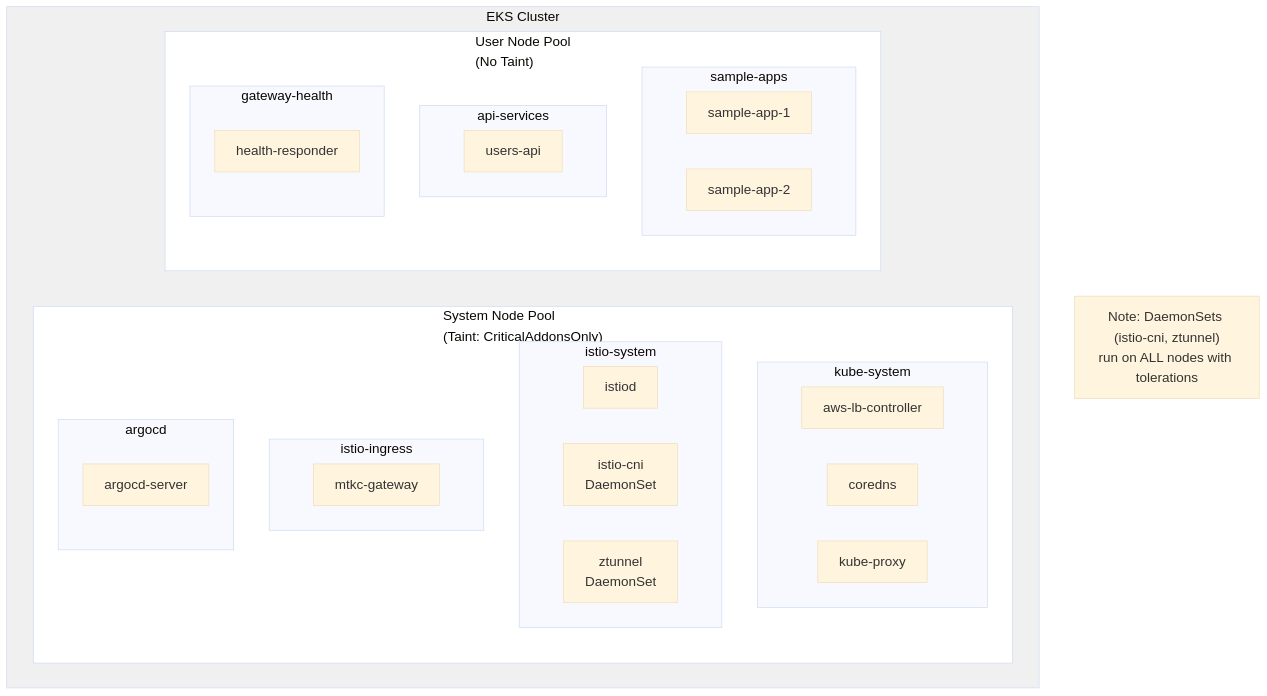
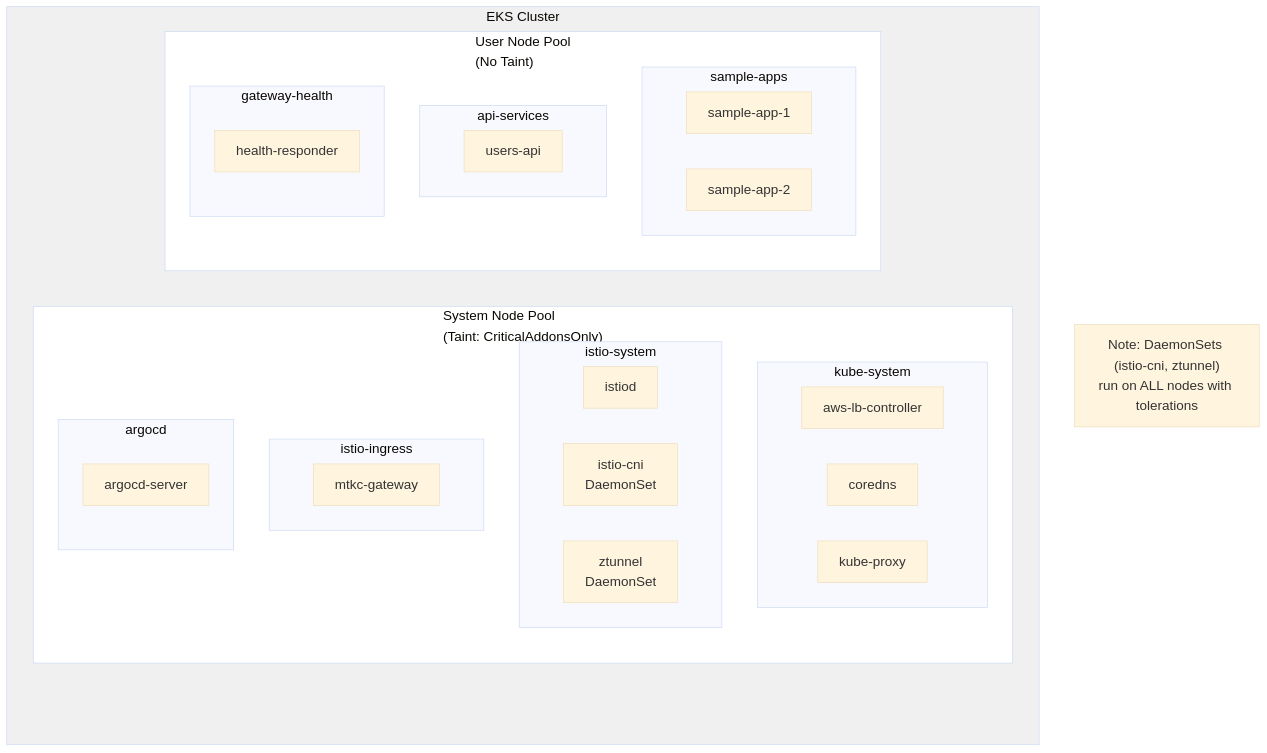
The second of 3 diagrams in README.md (shanaka-versent/EKS-Istio-GatewayAPI-Deom), drawn with Mermaid before and after one commit.

Commit message:
docs: Add spacing between EKS Cluster label and node pools

````diff
--- a/README.md
+++ b/README.md
@@ -105,43 +105,45 @@
 ```mermaid
 %%{init: {'theme': 'base', 'themeVariables': {'fontSize': '19px'}}}%%
 flowchart TB
     subgraph EKS["EKS Cluster"]
+        Spacer[" "]
         subgraph SystemPool["System Node Pool<br/>(Taint: CriticalAddonsOnly)"]
             subgraph KS["kube-system"]
                 LBC2[aws-lb-controller]
                 CoreDNS[coredns]
                 KubeProxy[kube-proxy]
             end
             subgraph IS["istio-system"]
                 Istiod2[istiod]
                 CNI[istio-cni<br/>DaemonSet]
                 ZT[ztunnel<br/>DaemonSet]
             end
             subgraph II["istio-ingress"]
                 GW2[mtkc-gateway]
             end
             subgraph AC["argocd"]
                 ArgoServer[argocd-server]
             end
         end
 
         subgraph UserPool["User Node Pool<br/>(No Taint)"]
             subgraph SA["sample-apps"]
                 App1B[sample-app-1]
                 App2B[sample-app-2]
             end
             subgraph API2["api-services"]
                 UsersAPI[users-api]
             end
             subgraph GH["gateway-health"]
                 HealthResp[health-responder]
             end
         end
     end
 
     Note["Note: DaemonSets (istio-cni, ztunnel)<br/>run on ALL nodes with tolerations"]
 
     style EKS fill:#f0f0f0
     style SystemPool fill:#ffffff
     style UserPool fill:#ffffff
+    style Spacer fill:none,stroke:none
 ```
````
